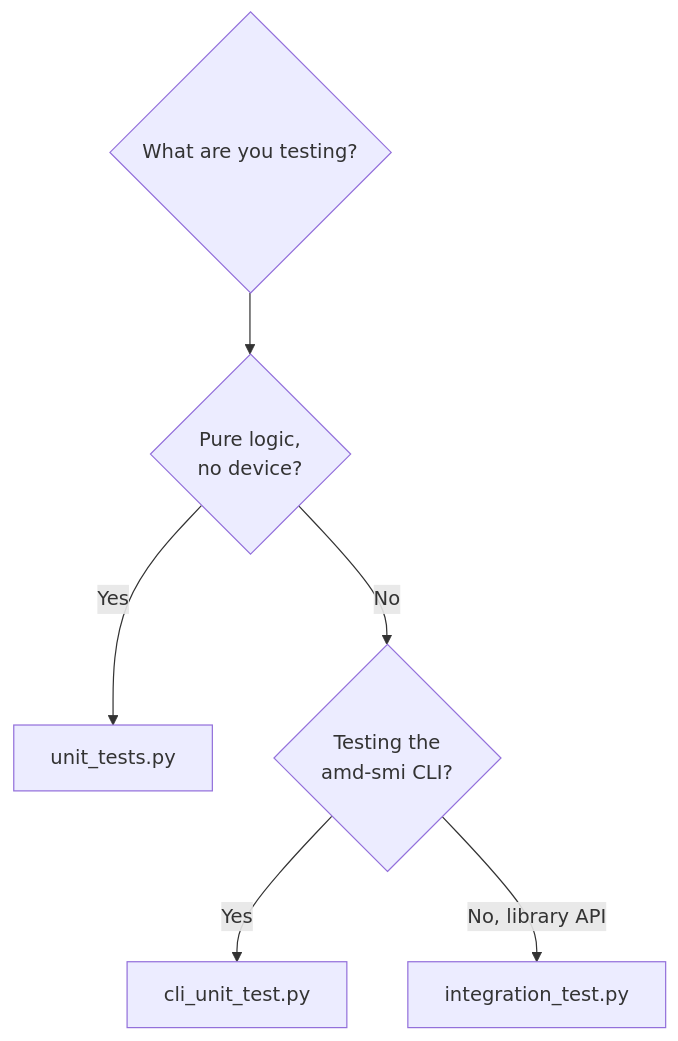
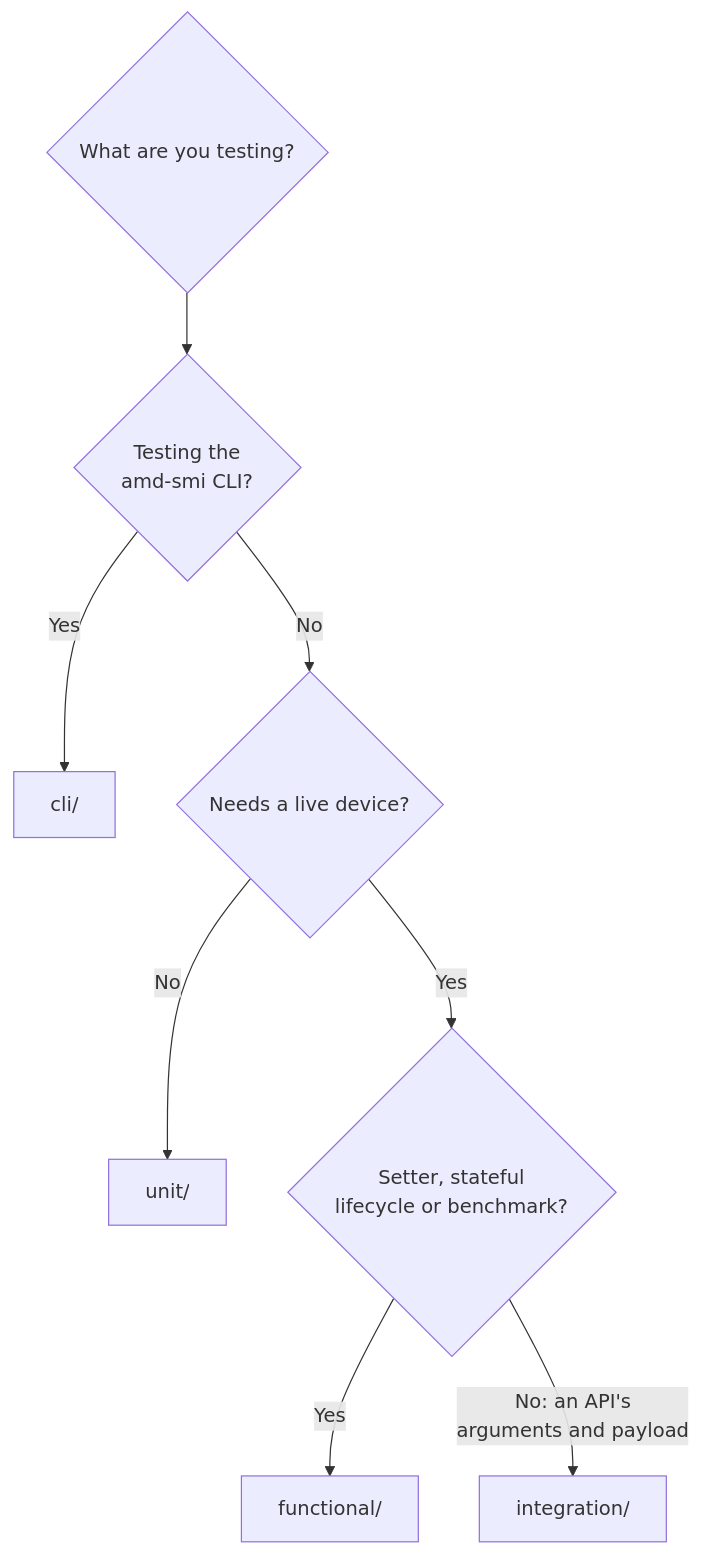
One commit to ROCm/rocm-systems changed the second of 4 diagrams in projects/amdsmi/tests/python/README.md. Above: the diagram before and after it, drawn with Mermaid. The commit also changed other lines of this file and 67 other files, not shown here.

First line of the commit message:
test(amdsmi): split the python suites into unit, integration, functional and cli tiers

````diff
--- a/projects/amdsmi/tests/python/README.md
+++ b/projects/amdsmi/tests/python/README.md
@@ -110,8 +150,10 @@
 ```mermaid
 flowchart TD
-    Q{What are you testing?} --> L{Pure logic,<br/>no device?}
-    L -->|Yes| UT[unit_tests.py]
-    L -->|No| H{Testing the<br/>amd-smi CLI?}
-    H -->|Yes| CT[cli_unit_test.py]
-    H -->|No, library API| IT[integration_test.py]
+    Q{What are you testing?} --> C{Testing the<br/>amd-smi CLI?}
+    C -->|Yes| CT[cli/]
+    C -->|No| H{Needs a live device?}
+    H -->|No| UT[unit/]
+    H -->|Yes| S{Setter, stateful<br/>lifecycle or benchmark?}
+    S -->|Yes| FT[functional/]
+    S -->|No: an API's<br/>arguments and payload| IT[integration/]
 ```
````
